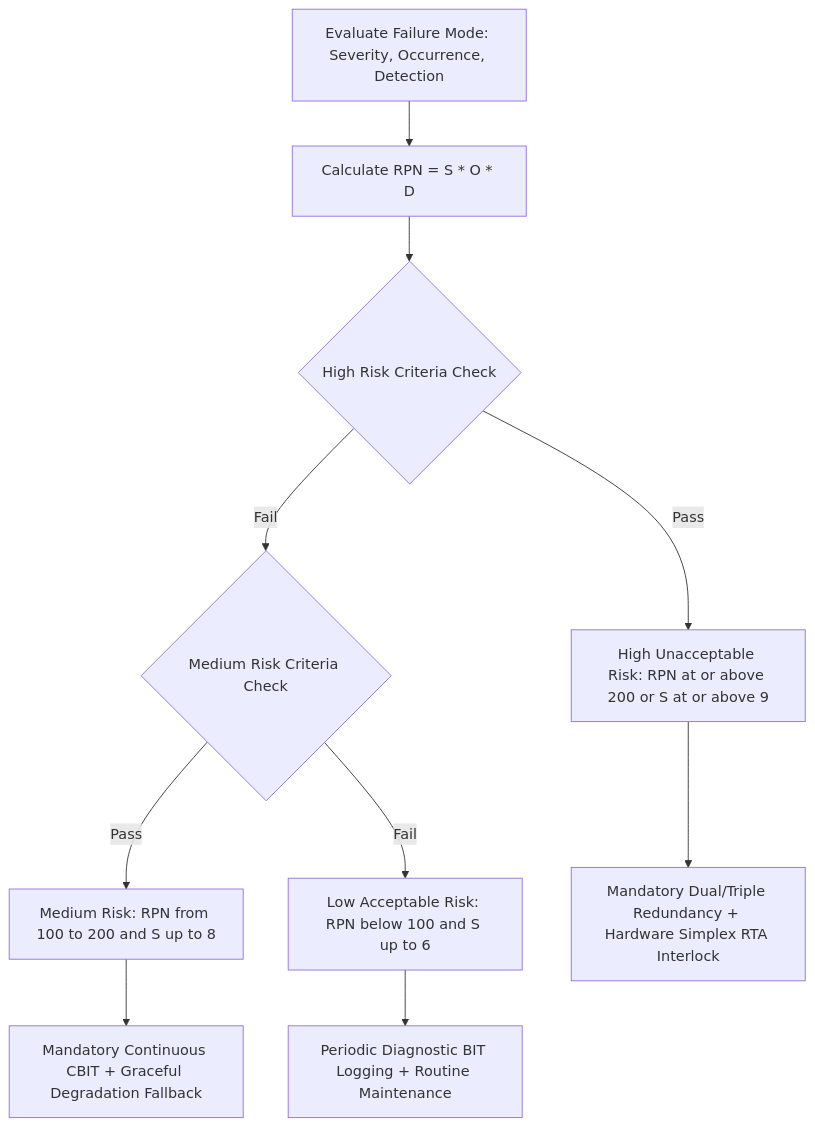
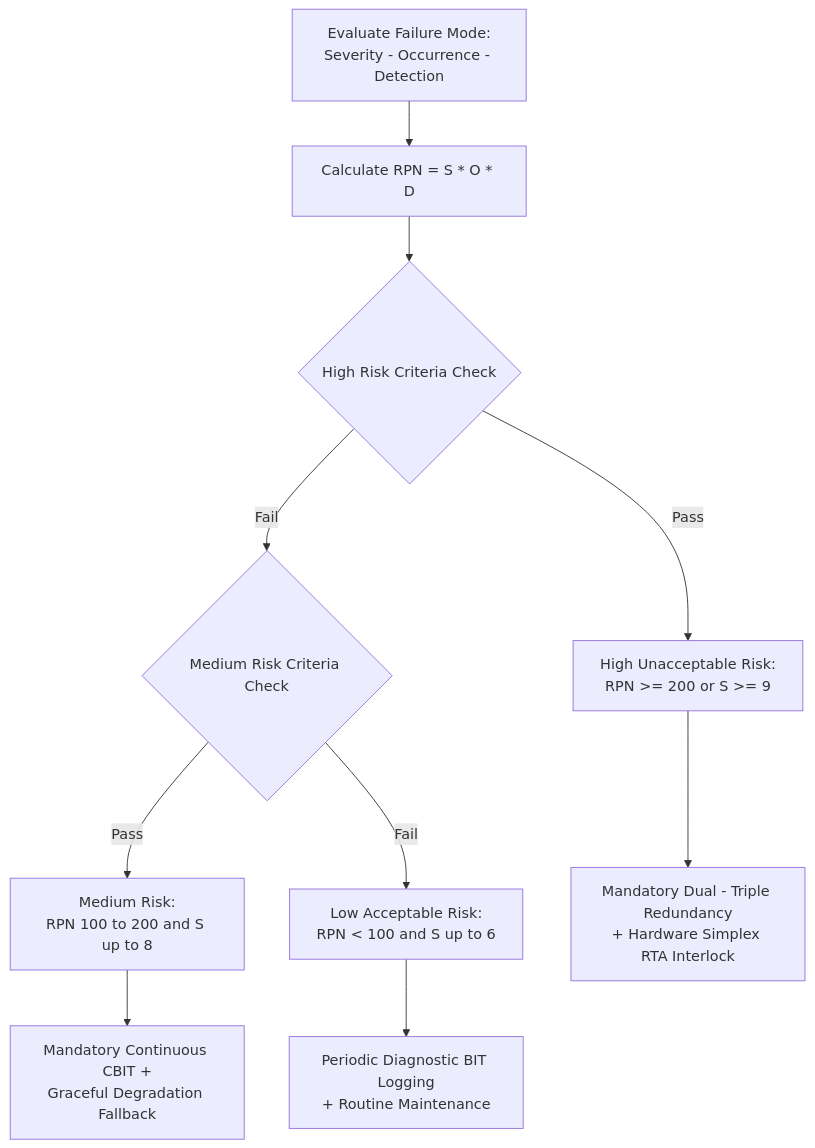
One commit to gintatkinson/uav-13 changed the third of 4 diagrams in docs/catalogs/FMECA_COMPONENT_CLASS_ROSTER_CATALOG.md. Above: the diagram before and after it, drawn with Mermaid. The commit also changed other lines of this file and 176 other files, not shown here.

Commit message:
fix(template): purge schema pollution and synchronize pipeline from spec-core

````diff
--- a/docs/catalogs/FMECA_COMPONENT_CLASS_ROSTER_CATALOG.md
+++ b/docs/catalogs/FMECA_COMPONENT_CLASS_ROSTER_CATALOG.md
@@ -211,15 +215,15 @@
 ```mermaid
 flowchart TD
-    Start["Evaluate Failure Mode: Severity, Occurrence, Detection"] --> Calc["Calculate RPN = S * O * D"]
+    Start["Evaluate Failure Mode:<br/>Severity - Occurrence - Detection"] --> Calc["Calculate RPN = S * O * D"]
     Calc --> Decision{"High Risk Criteria Check"}
 
-    Decision -- "Pass" --> HighRisk["High Unacceptable Risk: RPN at or above 200 or S at or above 9"]
+    Decision -- "Pass" --> HighRisk["High Unacceptable Risk:<br/>RPN >= 200 or S >= 9"]
     Decision -- "Fail" --> MediumCheck{"Medium Risk Criteria Check"}
 
-    MediumCheck -- "Pass" --> MediumRisk["Medium Risk: RPN from 100 to 200 and S up to 8"]
-    MediumCheck -- "Fail" --> LowRisk["Low Acceptable Risk: RPN below 100 and S up to 6"]
+    MediumCheck -- "Pass" --> MediumRisk["Medium Risk:<br/>RPN 100 to 200 and S up to 8"]
+    MediumCheck -- "Fail" --> LowRisk["Low Acceptable Risk:<br/>RPN < 100 and S up to 6"]
 
-    HighRisk --> MHigh["Mandatory Dual/Triple Redundancy + Hardware Simplex RTA Interlock"]
-    MediumRisk --> MMed["Mandatory Continuous CBIT + Graceful Degradation Fallback"]
-    LowRisk --> MLow["Periodic Diagnostic BIT Logging + Routine Maintenance"]
+    HighRisk --> MHigh["Mandatory Dual - Triple Redundancy<br/>+ Hardware Simplex RTA Interlock"]
+    MediumRisk --> MMed["Mandatory Continuous CBIT +<br/>Graceful Degradation Fallback"]
+    LowRisk --> MLow["Periodic Diagnostic BIT Logging<br/>+ Routine Maintenance"]
 ```
````
